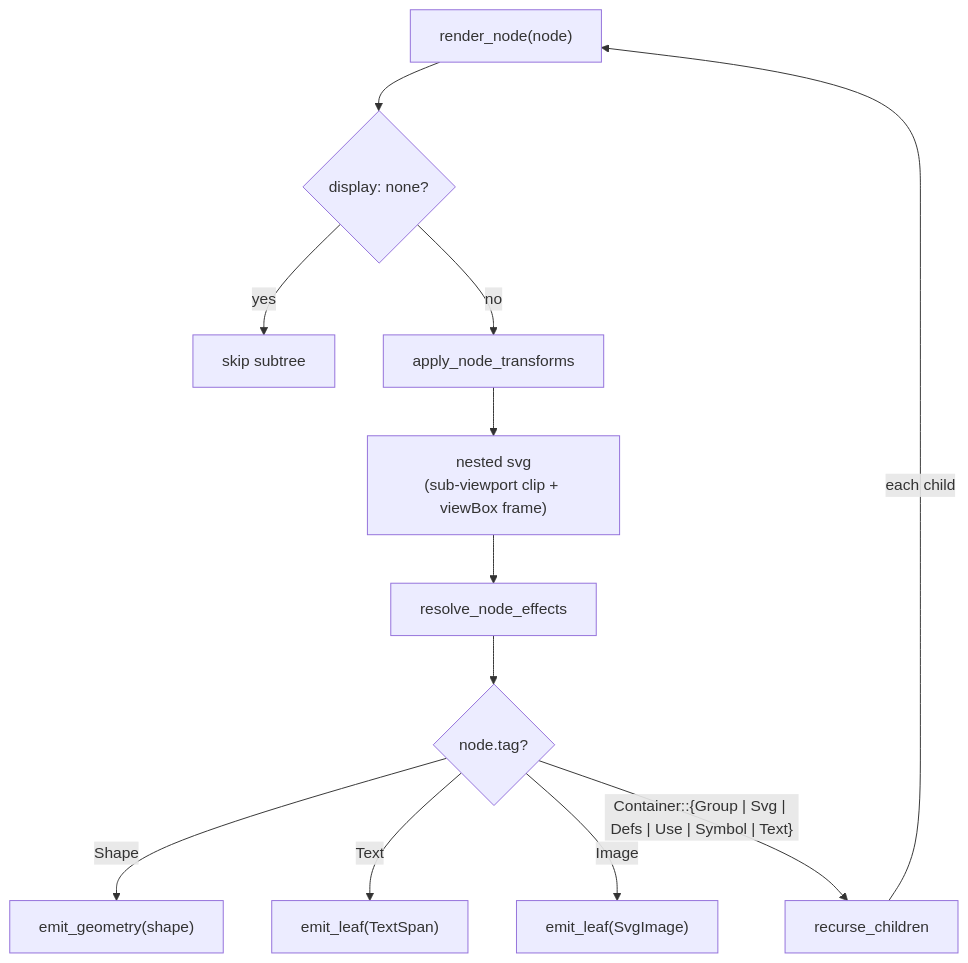
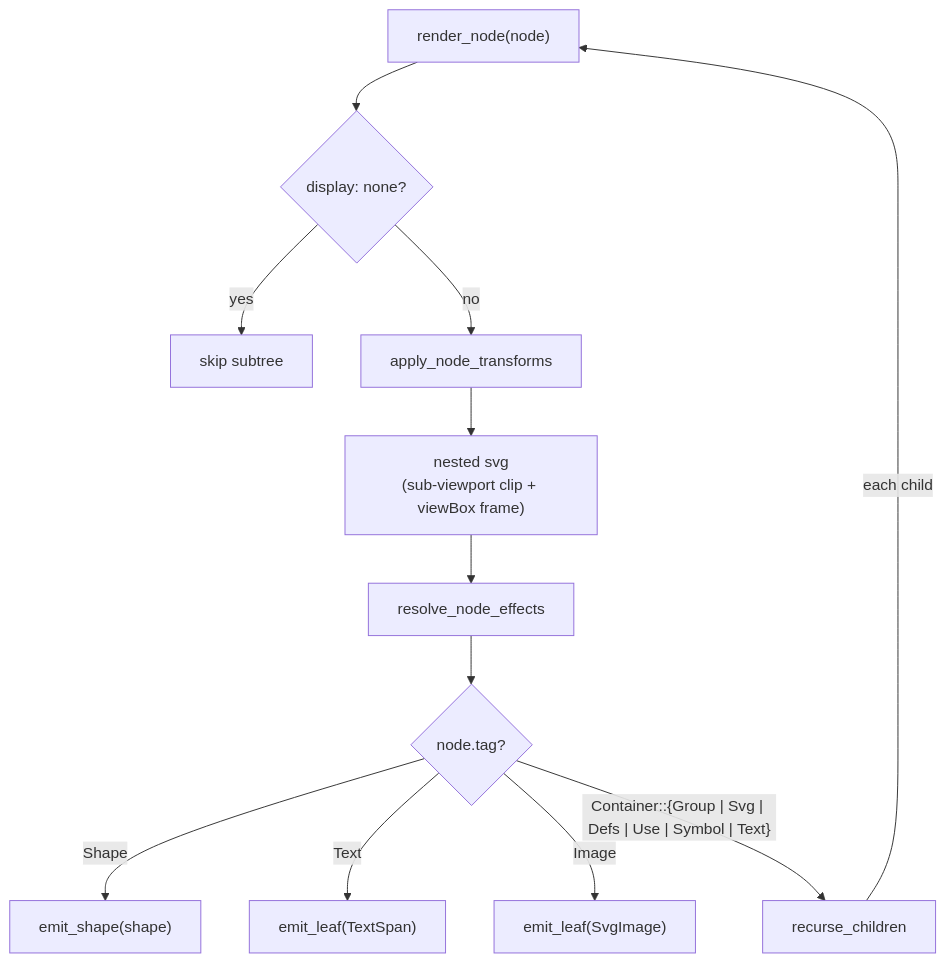
The fourth of 8 diagrams in components/svg/README.md (mu-mostafa98/servo), drawn with Mermaid before and after one commit. The commit also changed other lines of this file and 3 other files, not shown here.

````diff
--- a/components/svg/README.md
+++ b/components/svg/README.md
@@ -267,14 +268,14 @@
 ```mermaid
 flowchart TD
     A["render_node(node)"] --> B{"display: none?"}
     B -- "yes" --> END["skip subtree"]
     B -- "no" --> C["apply_node_transforms"]
     C --> C2["nested svg<br/>(sub-viewport clip + viewBox frame)"]
     C2 --> E["resolve_node_effects"]
     E --> G{"node.tag?"}
-    G -- "Shape" --> H["emit_geometry(shape)"]
+    G -- "Shape" --> H["emit_shape(shape)"]
     G -- "Text" --> I["emit_leaf(TextSpan)"]
     G -- "Image" --> J["emit_leaf(SvgImage)"]
     G -- "Container::{Group | Svg | Defs | Use | Symbol | Text}" --> L["recurse_children"]
     L -- "each child" --> A
 ```
````
